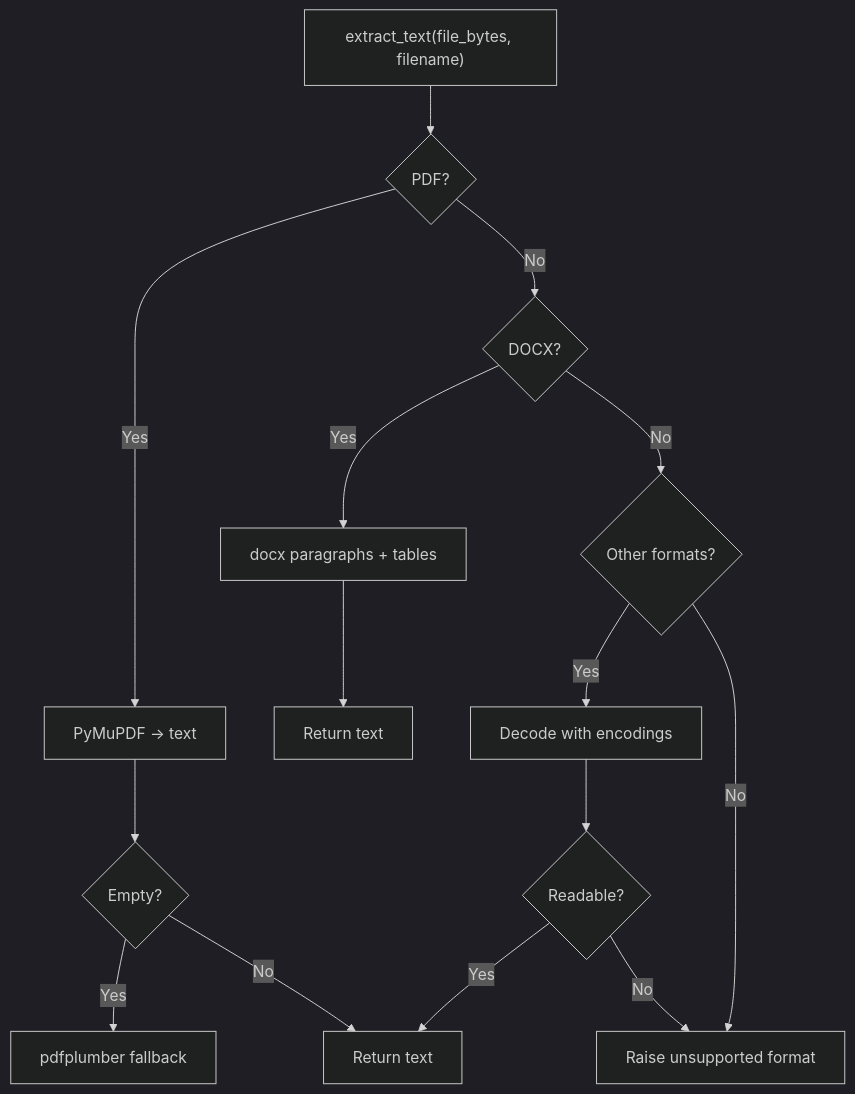
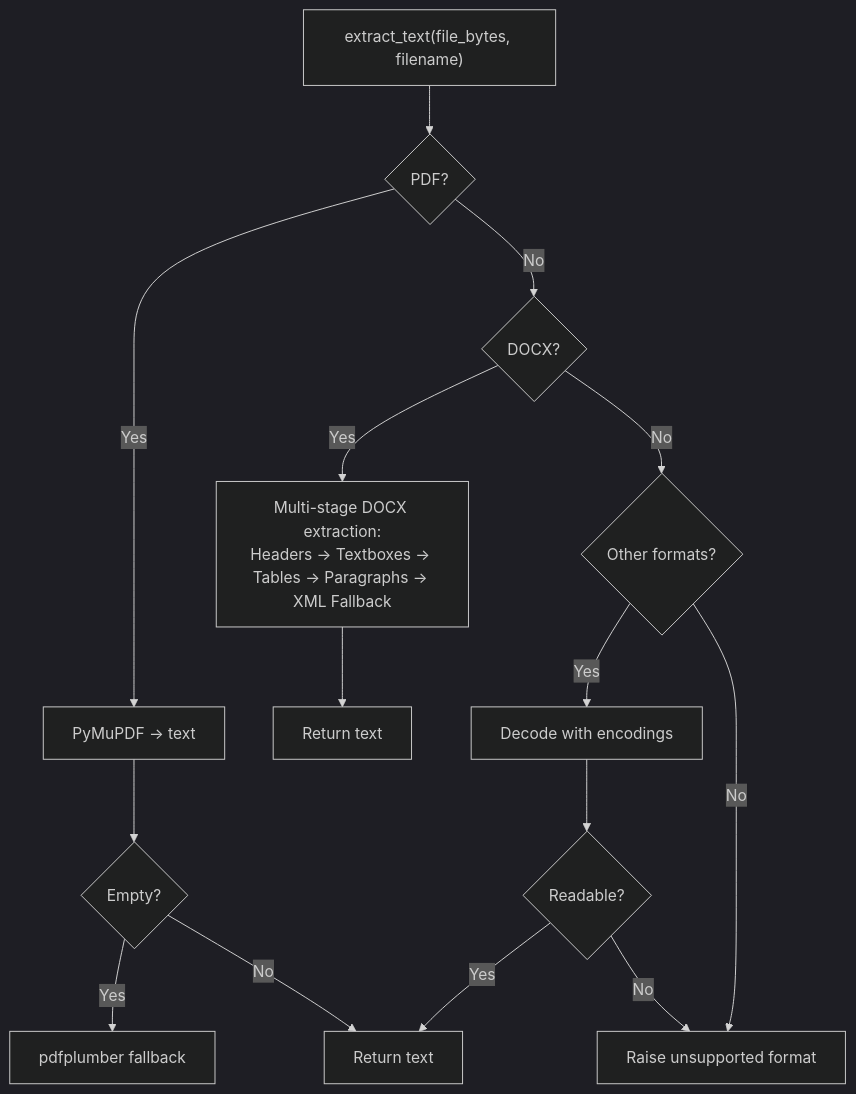
The fifth of 17 diagrams in .qoder/repowiki/en/content/Analysis Engine/Analysis Engine.md (Revanththetalogics/aireume), drawn with Mermaid (dark theme) before and after one commit. The commit also changed other lines of this file and 20 other files, not shown here.

````diff
--- a/.qoder/repowiki/en/content/Analysis Engine/Analysis Engine.md
+++ b/.qoder/repowiki/en/content/Analysis Engine/Analysis Engine.md
@@ -234,17 +260,17 @@
 ```mermaid
 flowchart TD
 A["extract_text(file_bytes, filename)"] --> B{"PDF?"}
 B --> |Yes| C["PyMuPDF -> text"]
 C --> D{"Empty?"}
 D --> |Yes| E["pdfplumber fallback"]
 D --> |No| Z["Return text"]
 B --> |No| F{"DOCX?"}
-F --> |Yes| G["docx paragraphs + tables"]
+F --> |Yes| G["Multi-stage DOCX extraction:<br/>Headers → Textboxes → Tables → Paragraphs → XML Fallback"]
 F --> |No| H{"Other formats?"}
 H --> |Yes| I["Decode with encodings"]
 H --> |No| J["Raise unsupported format"]
 G --> K["Return text"]
 I --> L{"Readable?"}
 L --> |Yes| Z
 L --> |No| J
 ```
````
